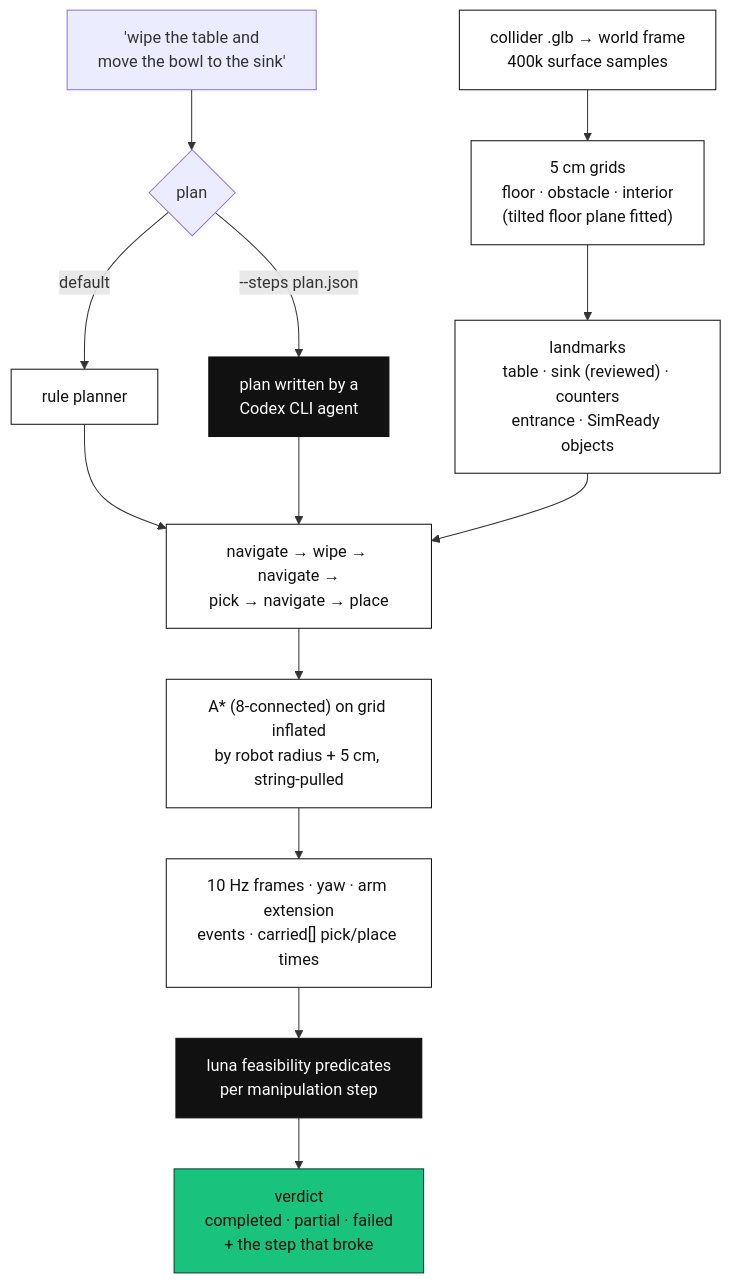
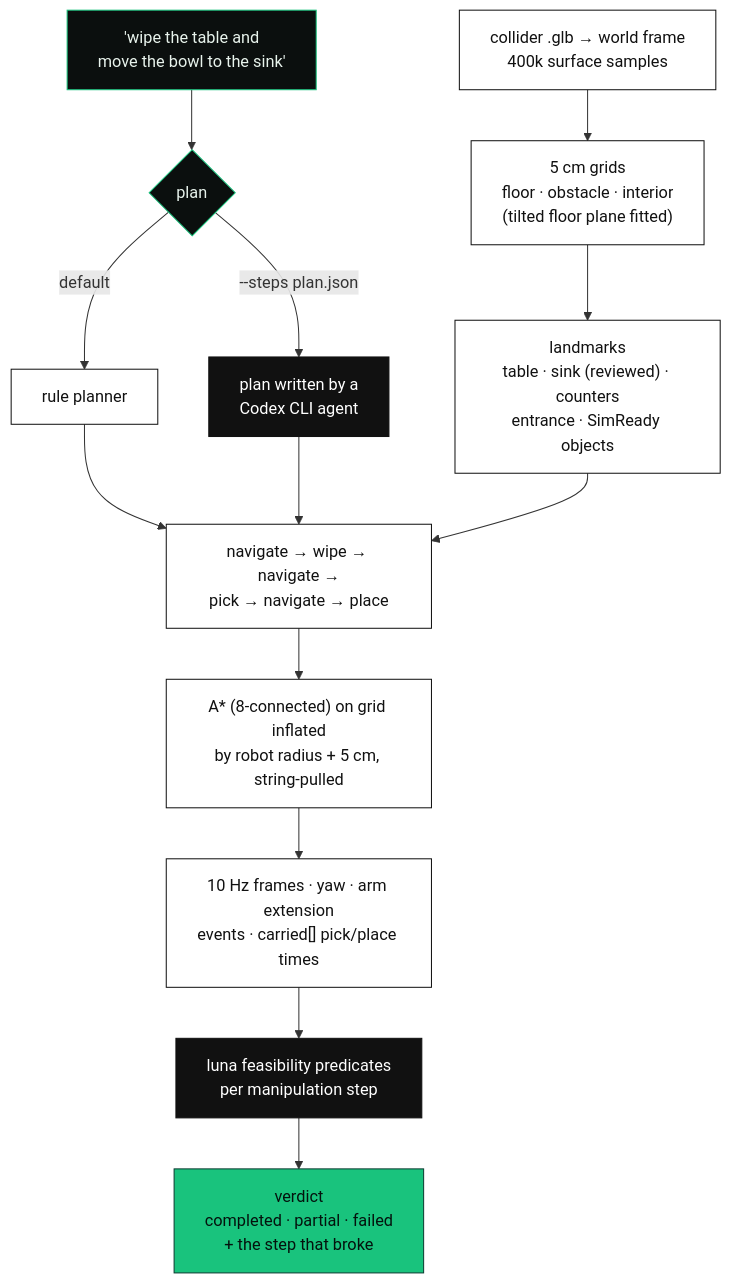
One commit to bede-lau/Morpheus changed the fifth of 5 diagrams in README.md. Above: the diagram before and after it, drawn with Mermaid. The commit also changed other lines of this file, not shown here.

First line of the commit message:
README: banner, demo gallery, Mermaid architecture, pipeline, discovery and planning diagrams

````diff
--- a/README.md
+++ b/README.md
@@ -226,18 +219,19 @@
 ```mermaid
 flowchart TB
     classDef s fill:#fff,stroke:#111,color:#111
     classDef ai fill:#111,stroke:#111,color:#fff
     classDef v fill:#19c37d,stroke:#0b3d31,color:#04120d
 
     M["collider .glb → world frame<br/>400k surface samples"]:::s --> G["5 cm grids<br/>floor · obstacle · interior<br/>(tilted floor plane fitted)"]:::s
     G --> LM["landmarks<br/>table · sink (reviewed) · counters<br/>entrance · SimReady objects"]:::s
-    TXT["'wipe the table and<br/>move the bowl to the sink'"] --> P{"plan"}
+    classDef q fill:#0b0f0e,stroke:#19c37d,color:#e8f3ec
+    TXT["'wipe the table and<br/>move the bowl to the sink'"]:::q --> P{"plan"}:::q
     P -->|"default"| RU["rule planner"]:::s
     P -->|"--steps plan.json"| CX["plan written by a<br/>Codex CLI agent"]:::ai
     RU & CX --> STEPS["navigate → wipe → navigate →<br/>pick → navigate → place"]:::s
     LM --> STEPS
     STEPS --> AS["A* (8-connected) on grid inflated<br/>by robot radius + 5 cm, string-pulled"]:::s
     AS --> SIM["10 Hz frames · yaw · arm extension<br/>events · carried[] pick/place times"]:::s
     SIM --> FE["luna feasibility predicates<br/>per manipulation step"]:::ai
     FE --> V["verdict<br/>completed · partial · failed<br/>+ the step that broke"]:::v
 ```
````
